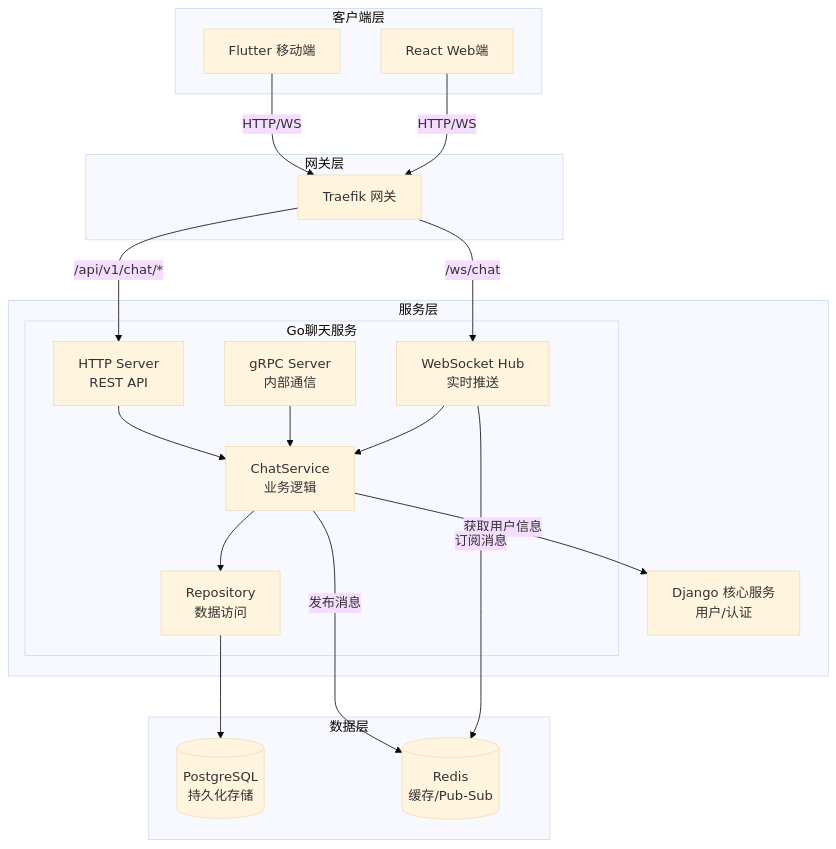
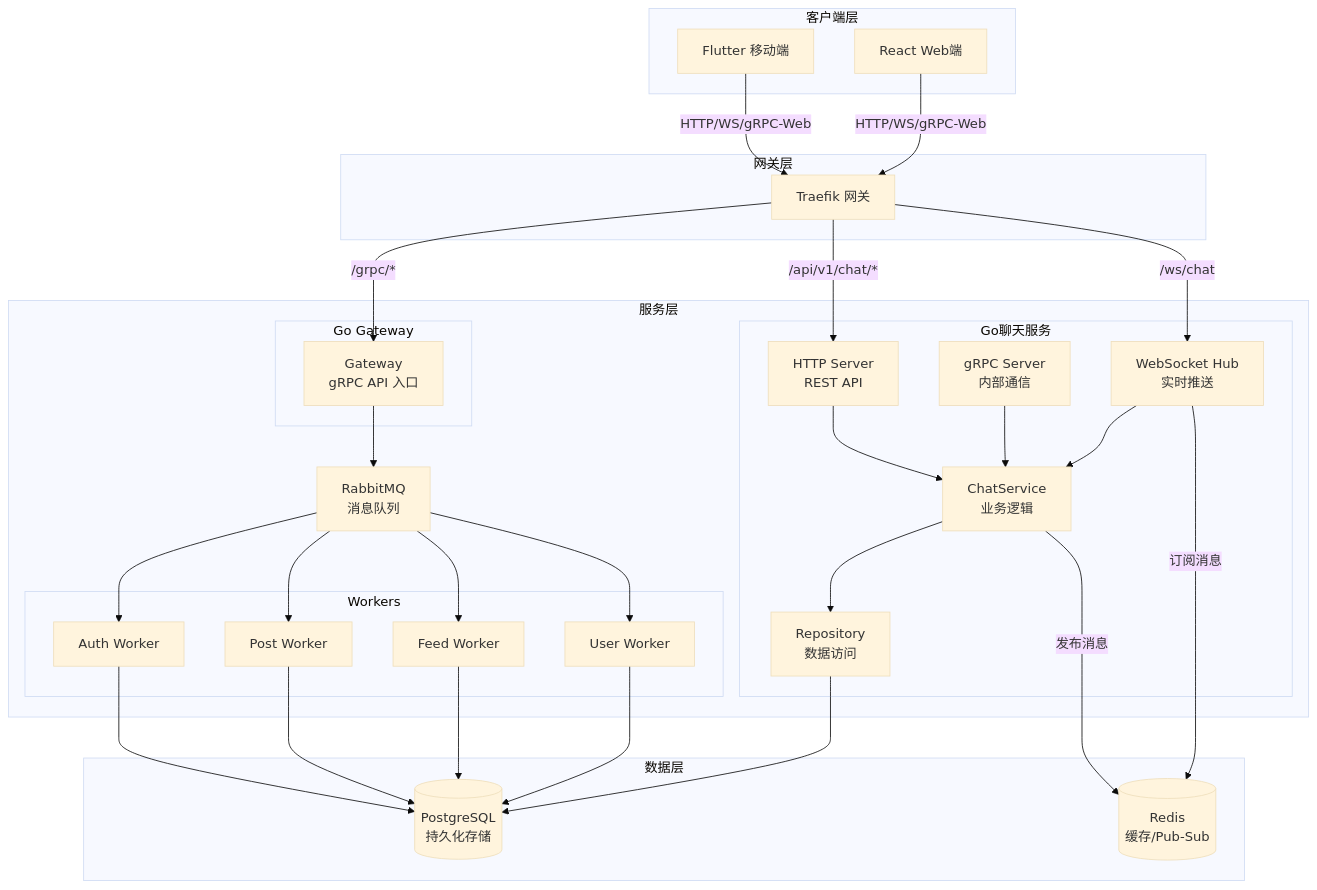
Before and after one commit to funcdfs/lesser: the diagram in docs/开发准则.md, drawn with Mermaid (base theme). The commit also changed other lines of this file and 306 other files, not shown here.

````diff
--- a/docs/开发准则.md
+++ b/docs/开发准则.md
@@ -464,45 +421,66 @@
 ```mermaid
 flowchart TB
     subgraph 客户端层
         Flutter[Flutter 移动端]
         React[React Web端]
     end
 
     subgraph 网关层
         Traefik[Traefik 网关]
     end
 
     subgraph 服务层
+        subgraph Go Gateway
+            Gateway[Gateway<br/>gRPC API 入口]
+        end
+        
         subgraph Go聊天服务
             HTTP[HTTP Server<br/>REST API]
             GRPC[gRPC Server<br/>内部通信]
             WS[WebSocket Hub<br/>实时推送]
             Service[ChatService<br/>业务逻辑]
             Repo[Repository<br/>数据访问]
         end
         
-        Django[Django 核心服务<br/>用户/认证]
+        subgraph Workers
+            AuthWorker[Auth Worker]
+            PostWorker[Post Worker]
+            FeedWorker[Feed Worker]
+            UserWorker[User Worker]
+        end
+        
+        RabbitMQ[RabbitMQ<br/>消息队列]
     end
 
     subgraph 数据层
         PG[(PostgreSQL<br/>持久化存储)]
         Redis[(Redis<br/>缓存/Pub-Sub)]
     end
 
-    Flutter -->|HTTP/WS| Traefik
-    React -->|HTTP/WS| Traefik
+    Flutter -->|HTTP/WS/gRPC-Web| Traefik
+    React -->|HTTP/WS/gRPC-Web| Traefik
     
+    Traefik -->|/grpc/*| Gateway
     Traefik -->|/api/v1/chat/*| HTTP
     Traefik -->|/ws/chat| WS
+    
+    Gateway --> RabbitMQ
+    RabbitMQ --> AuthWorker
+    RabbitMQ --> PostWorker
+    RabbitMQ --> FeedWorker
+    RabbitMQ --> UserWorker
     
     HTTP --> Service
     GRPC --> Service
     WS --> Service
     
     Service --> Repo
-    Service -->|获取用户信息| Django
     Service -->|发布消息| Redis
     
+    AuthWorker --> PG
+    PostWorker --> PG
+    FeedWorker --> PG
+    UserWorker --> PG
     Repo --> PG
     WS -->|订阅消息| Redis
 ```
````
